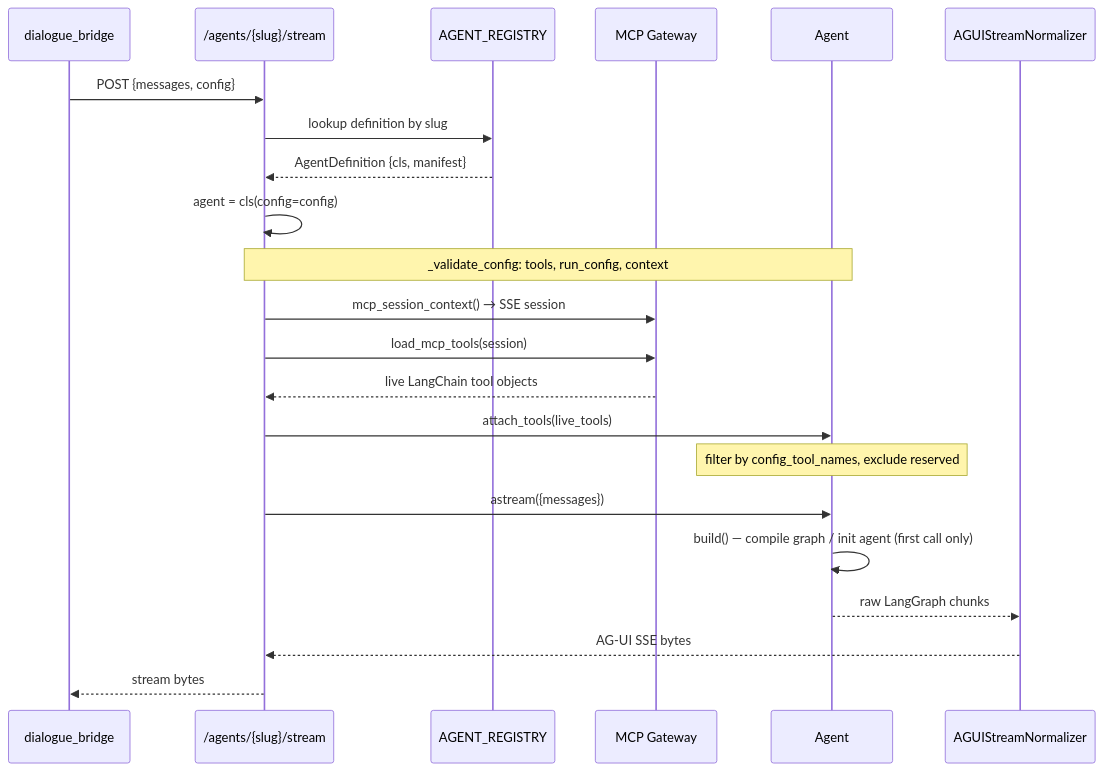
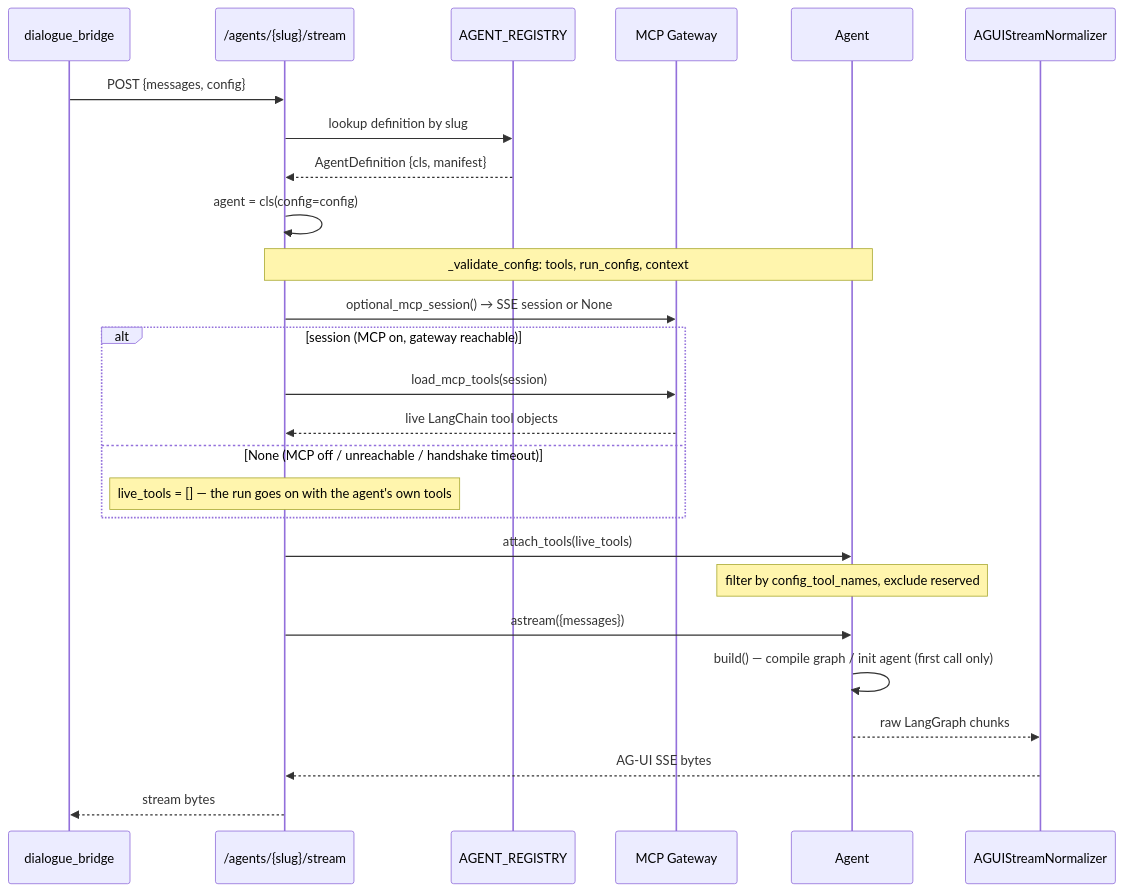
The second of 5 diagrams in docs/development/agent-development.md (konstantinosmpouros/mAgenticX), drawn with Mermaid before and after one commit. The commit also changed other lines of this file and 31 other files, not shown here.

````diff
--- a/docs/development/agent-development.md
+++ b/docs/development/agent-development.md
@@ -30,27 +30,31 @@
 ```mermaid
 sequenceDiagram
     participant Bridge as dialogue_bridge
     participant EP as /agents/{slug}/stream
     participant Registry as AGENT_REGISTRY
     participant MCP as MCP Gateway
     participant Agent
     participant Norm as AGUIStreamNormalizer
 
     Bridge->>EP: POST {messages, config}
     EP->>Registry: lookup definition by slug
     Registry-->>EP: AgentDefinition {cls, manifest}
     EP->>EP: agent = cls(config=config)
     Note over EP,Agent: _validate_config: tools, run_config, context
 
-    EP->>MCP: mcp_session_context() → SSE session
-    EP->>MCP: load_mcp_tools(session)
-    MCP-->>EP: live LangChain tool objects
+    EP->>MCP: optional_mcp_session() → SSE session or None
+    alt session (MCP on, gateway reachable)
+        EP->>MCP: load_mcp_tools(session)
+        MCP-->>EP: live LangChain tool objects
+    else None (MCP off / unreachable / handshake timeout)
+        Note over EP: live_tools = [] — the run goes on with the agent's own tools
+    end
     EP->>Agent: attach_tools(live_tools)
     Note over Agent: filter by config_tool_names, exclude reserved
 
     EP->>Agent: astream({messages})
     Agent->>Agent: build() — compile graph / init agent (first call only)
     Agent-->>Norm: raw LangGraph chunks
     Norm-->>EP: AG-UI SSE bytes
     EP-->>Bridge: stream bytes
 ```
````
